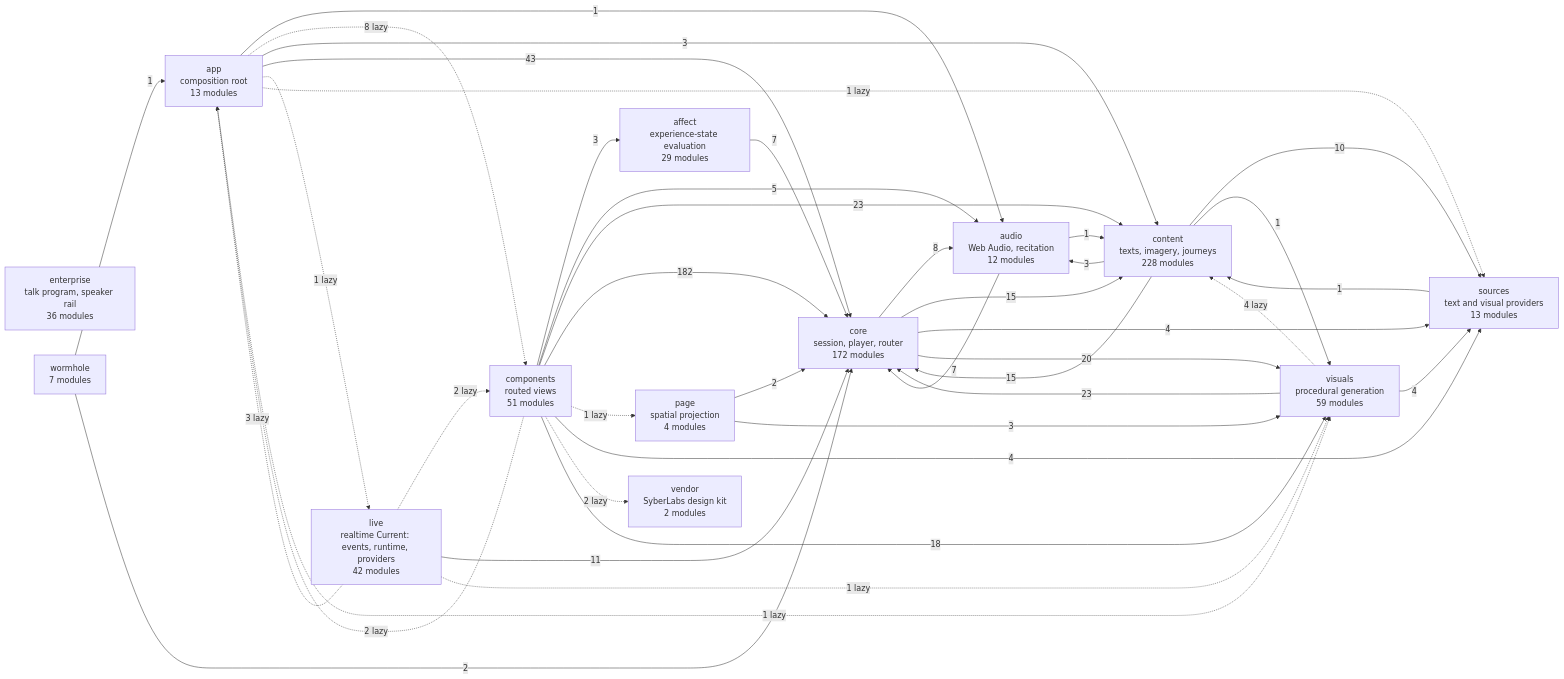
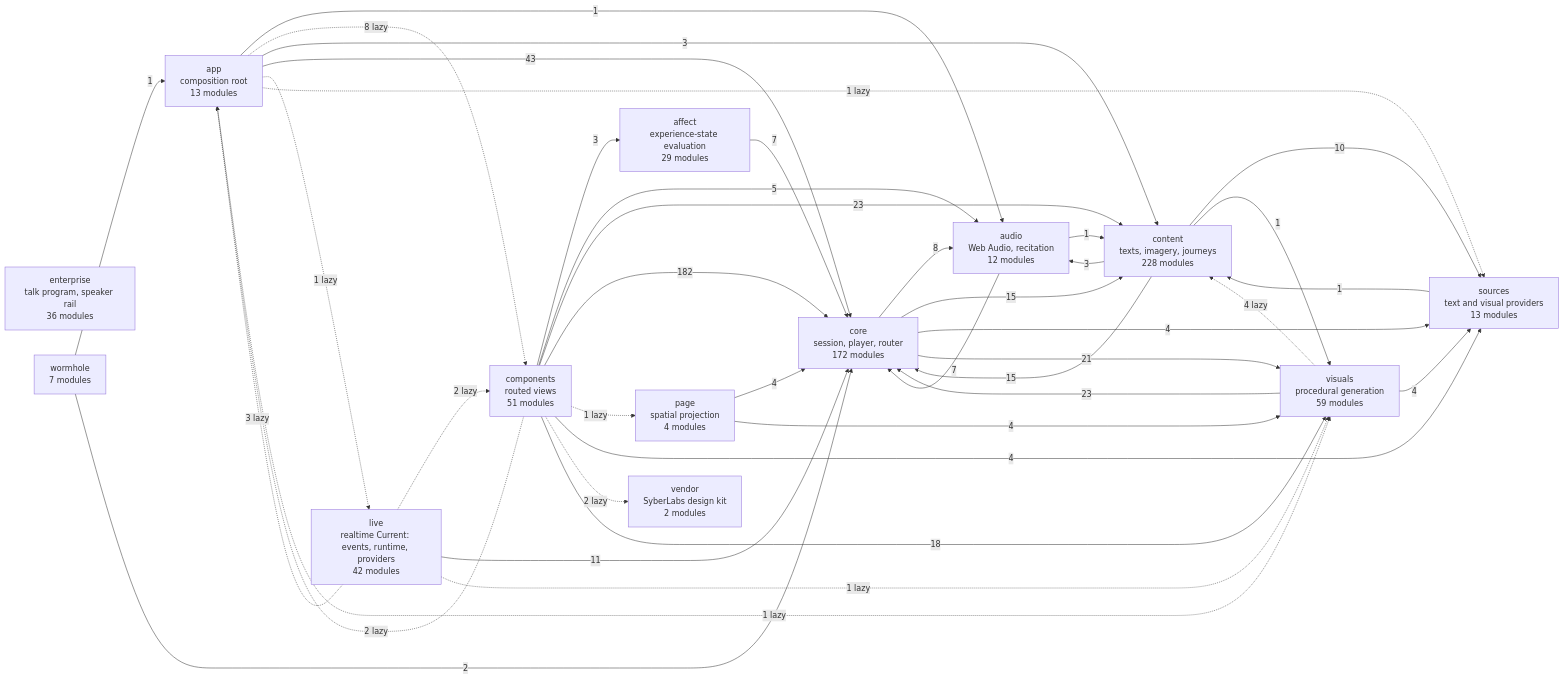
One commit to SyberLabs/RISE changed the diagram in docs/specs/ARCHITECTURE.md. Above: the diagram before and after it, drawn with Mermaid.

Commit message:
RDR-023 part 3: regenerate the architecture diagram

````diff
--- a/docs/specs/ARCHITECTURE.md
+++ b/docs/specs/ARCHITECTURE.md
@@ -154,56 +154,56 @@
 ```mermaid
 flowchart LR
     affect["affect<br/>experience-state evaluation<br/>29 modules"]
     app["app<br/>composition root<br/>13 modules"]
     audio["audio<br/>Web Audio, recitation<br/>12 modules"]
     components["components<br/>routed views<br/>51 modules"]
     content["content<br/>texts, imagery, journeys<br/>228 modules"]
     core["core<br/>session, player, router<br/>172 modules"]
     enterprise["enterprise<br/>talk program, speaker rail<br/>36 modules"]
     live["live<br/>realtime Current: events, runtime, providers<br/>42 modules"]
     page["page<br/>spatial projection<br/>4 modules"]
     sources["sources<br/>text and visual providers<br/>13 modules"]
     vendor["vendor<br/>SyberLabs design kit<br/>2 modules"]
     visuals["visuals<br/>procedural generation<br/>59 modules"]
     wormhole["wormhole<br/>7 modules"]
 
     affect --> |7| core
     app --> |1| audio
     app -.-> |8 lazy| components
     app --> |3| content
     app --> |43| core
     app -.-> |1 lazy| live
     app -.-> |1 lazy| sources
     app -.-> |1 lazy| visuals
     audio --> |1| content
     audio --> |7| core
     components --> |3| affect
     components -.-> |2 lazy| app
     components --> |5| audio
     components --> |23| content
     components --> |182| core
     components -.-> |1 lazy| page
     components --> |4| sources
     components -.-> |2 lazy| vendor
     components --> |18| visuals
     content --> |3| audio
     content --> |15| core
     content --> |10| sources
     content --> |1| visuals
     core --> |8| audio
     core --> |15| content
     core --> |4| sources
-    core --> |20| visuals
+    core --> |21| visuals
     live -.-> |3 lazy| app
     live -.-> |2 lazy| components
     live --> |11| core
     live -.-> |1 lazy| visuals
-    page --> |2| core
-    page --> |3| visuals
+    page --> |4| core
+    page --> |4| visuals
     sources --> |1| content
     visuals -.-> |4 lazy| content
     visuals --> |23| core
     visuals --> |4| sources
     wormhole --> |1| app
     wormhole --> |2| core
 ```
````
